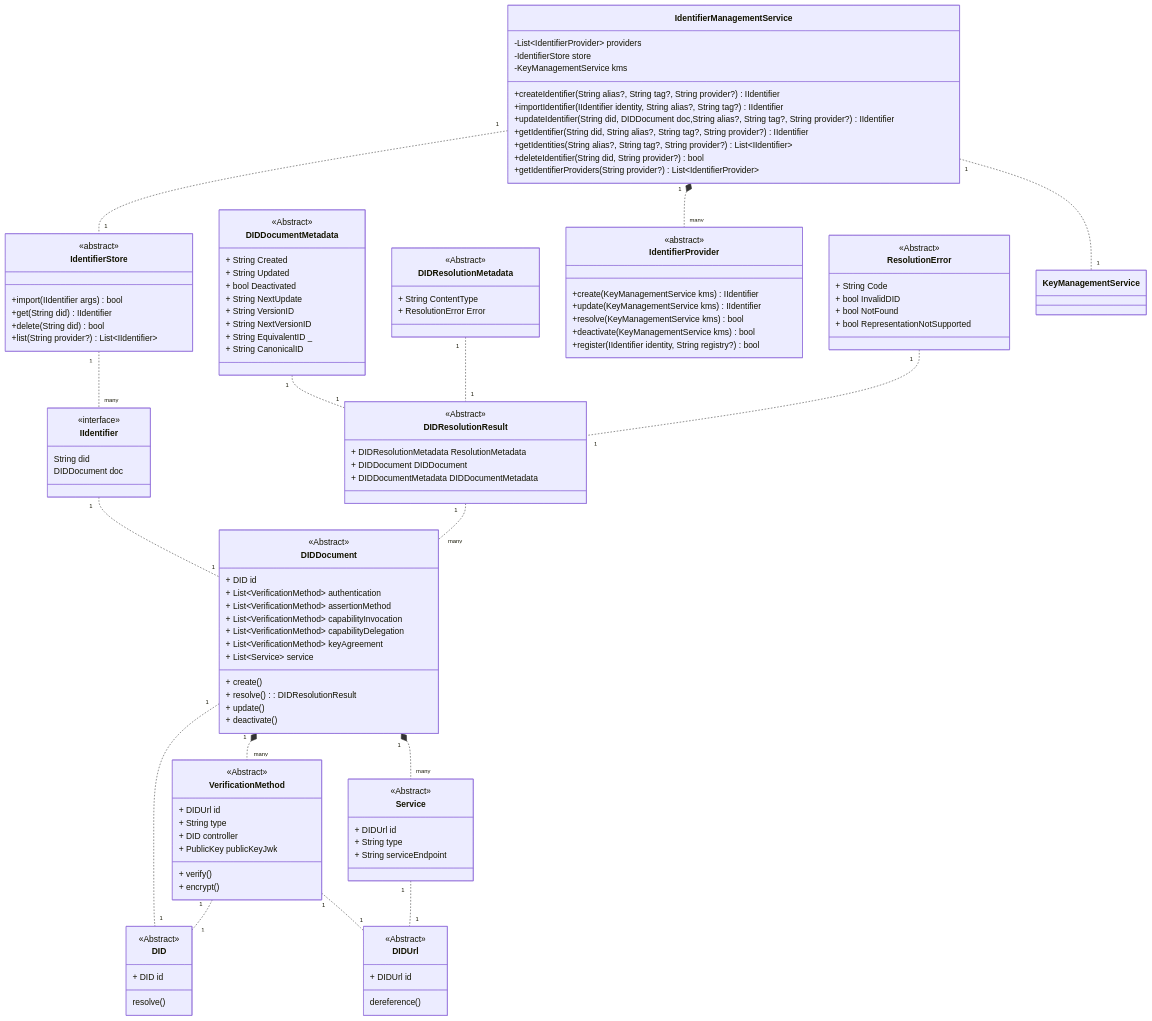
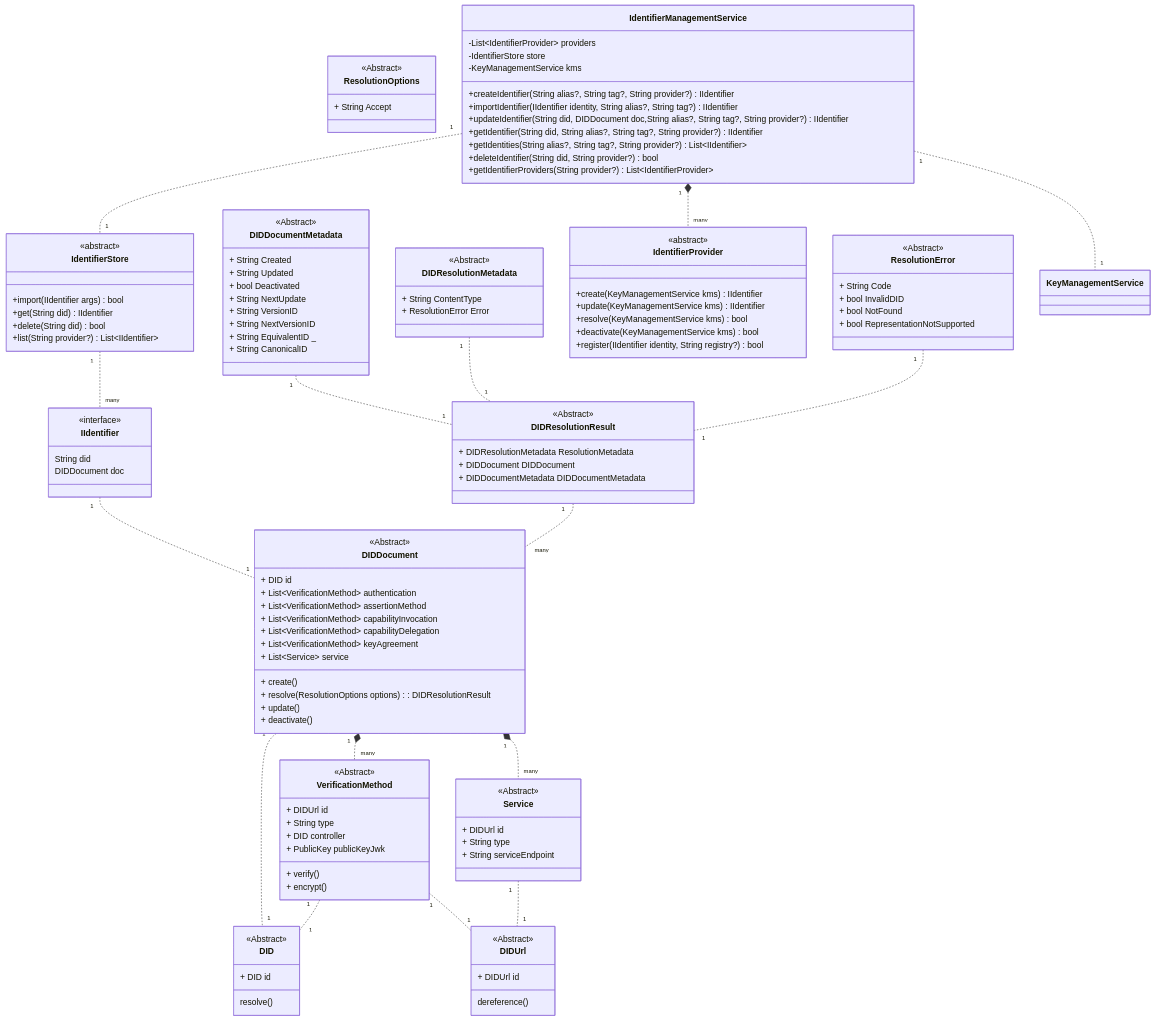
The diagram in docs/architecture/decentralized-identifiers.md (openwallet-foundation/architecture-sig), drawn with Mermaid before and after one commit.

Commit message:
added resolution options

```diff
--- a/docs/architecture/decentralized-identifiers.md
+++ b/docs/architecture/decentralized-identifiers.md
@@ -18,6 +18,11 @@
     dereference()
 }
 
+class ResolutionOptions {
+    <<Abstract>>
+    + String Accept
+}
+
 class DIDDocument {
     <<Abstract>>
     + DID id
@@ -28,7 +33,7 @@
     + List~VerificationMethod~ keyAgreement
     + List~Service~ service
     + create()
-    + resolve() : DIDResolutionResult
+    + resolve(ResolutionOptions options) : DIDResolutionResult
     + update()
     + deactivate()
 }
```
